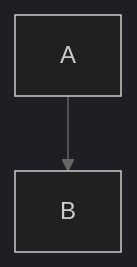
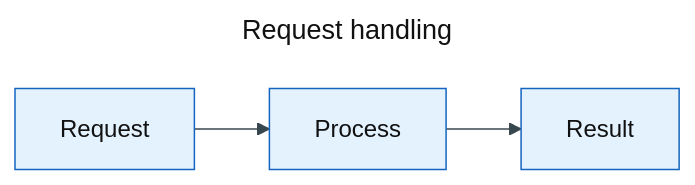
One commit to YongKyeom/agentic_engineering_settings changed the first of 2 diagrams in skills/mermaid-diagrams/references/advanced-features.md. Above: the diagram before and after it, drawn with Mermaid. The commit also changed other lines of this file and 15 other files, not shown here.

````diff
--- a/skills/mermaid-diagrams/references/advanced-features.md
+++ b/skills/mermaid-diagrams/references/advanced-features.md
@@ -9,15 +9,15 @@
 ```mermaid
 ---
+title: Request handling
 config:
-  theme: dark
+  theme: base
   themeVariables:
-    primaryColor: "#ff6b6b"
-    primaryTextColor: "#fff"
-    primaryBorderColor: "#333"
-    lineColor: "#666"
-    secondaryColor: "#4ecdc4"
-    tertiaryColor: "#ffe66d"
+    primaryColor: "#e3f2fd"
+    primaryTextColor: "#111111"
+    primaryBorderColor: "#1565c0"
+    lineColor: "#37474f"
 ---
-flowchart TD
-    A --> B
+flowchart LR
+    request["Request"] --> process["Process"]
+    process --> result["Result"]
 ```
````
